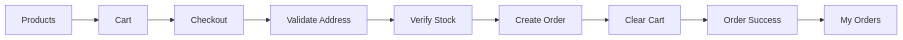
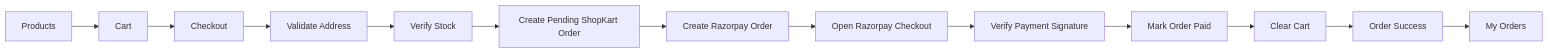
One commit to Durgesh22A/Mern-Lab-2029-Problem-Statements changed the first of 2 diagrams in Lab-06 (Checkout and Orders).md. Above: the diagram before and after it, drawn with Mermaid. The commit also changed other lines of this file, not shown here.

Commit message:
Add Razorpay test payment integration and setup guide to Lab-06

````diff
--- a/Lab-06 (Checkout and Orders).md
+++ b/Lab-06 (Checkout and Orders).md
@@ -72,11 +72,15 @@
 ```mermaid
 flowchart LR
     A[Products] --> B[Cart]
     B --> C[Checkout]
     C --> D[Validate Address]
     D --> E[Verify Stock]
-    E --> F[Create Order]
-    F --> G[Clear Cart]
-    G --> H[Order Success]
-    H --> I[My Orders]
+    E --> F[Create Pending ShopKart Order]
+    F --> G[Create Razorpay Order]
+    G --> H[Open Razorpay Checkout]
+    H --> I[Verify Payment Signature]
+    I --> J[Mark Order Paid]
+    J --> K[Clear Cart]
+    K --> L[Order Success]
+    L --> M[My Orders]
 ```
````
